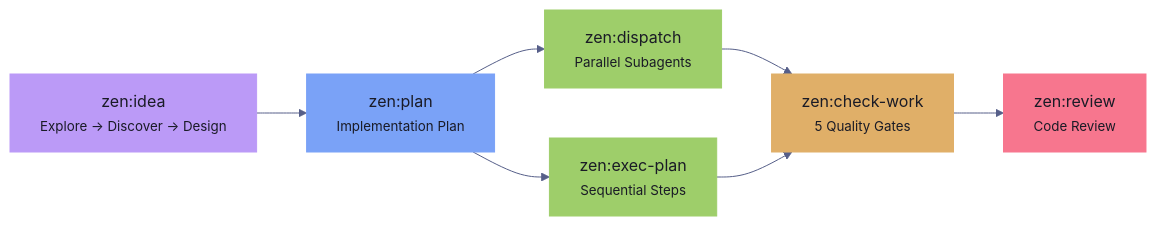
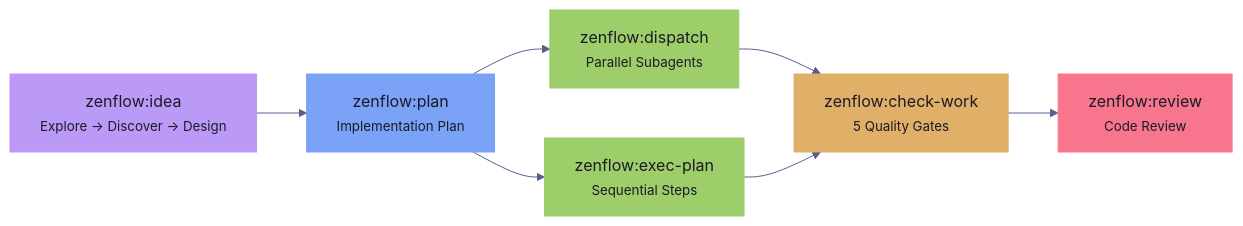
One commit to brewpirate/zen-flow changed the first of 6 diagrams in plugins/zenflow/README.md. Above: the diagram before and after it, drawn with Mermaid. The commit also changed other lines of this file and 46 other files, not shown here.

````diff
--- a/plugins/zenflow/README.md
+++ b/plugins/zenflow/README.md
@@ -43,24 +43,24 @@
 ```mermaid
 %%{init: {'theme': 'base', 'themeVariables': { 'primaryColor': '#1a1b26', 'primaryTextColor': '#c0caf5', 'lineColor': '#565f89', 'secondaryColor': '#24283b' }}}%%
 graph LR
-    idea["zen:idea<br/><small>Explore → Discover → Design</small>"]
-    plan["zen:plan<br/><small>Implementation Plan</small>"]
-    dispatch["zen:dispatch<br/><small>Parallel Subagents</small>"]
-    execplan["zen:exec-plan<br/><small>Sequential Steps</small>"]
-    check["zen:check-work<br/><small>5 Quality Gates</small>"]
-    review["zen:review<br/><small>Code Review</small>"]
+    idea["zenflow:idea<br/><small>Explore → Discover → Design</small>"]
+    plan["zenflow:plan<br/><small>Implementation Plan</small>"]
+    dispatch["zenflow:dispatch<br/><small>Parallel Subagents</small>"]
+    execplan["zenflow:exec-plan<br/><small>Sequential Steps</small>"]
+    check["zenflow:check-work<br/><small>5 Quality Gates</small>"]
+    review["zenflow:review<br/><small>Code Review</small>"]
 
     idea --> plan
     plan --> dispatch
     plan --> execplan
     dispatch --> check
     execplan --> check
     check --> review
 
     style idea fill:#bb9af7,color:#1a1b26,stroke:#bb9af7
     style plan fill:#7aa2f7,color:#1a1b26,stroke:#7aa2f7
     style dispatch fill:#9ece6a,color:#1a1b26,stroke:#9ece6a
     style execplan fill:#9ece6a,color:#1a1b26,stroke:#9ece6a
     style check fill:#e0af68,color:#1a1b26,stroke:#e0af68
     style review fill:#f7768e,color:#1a1b26,stroke:#f7768e
 ```
````
